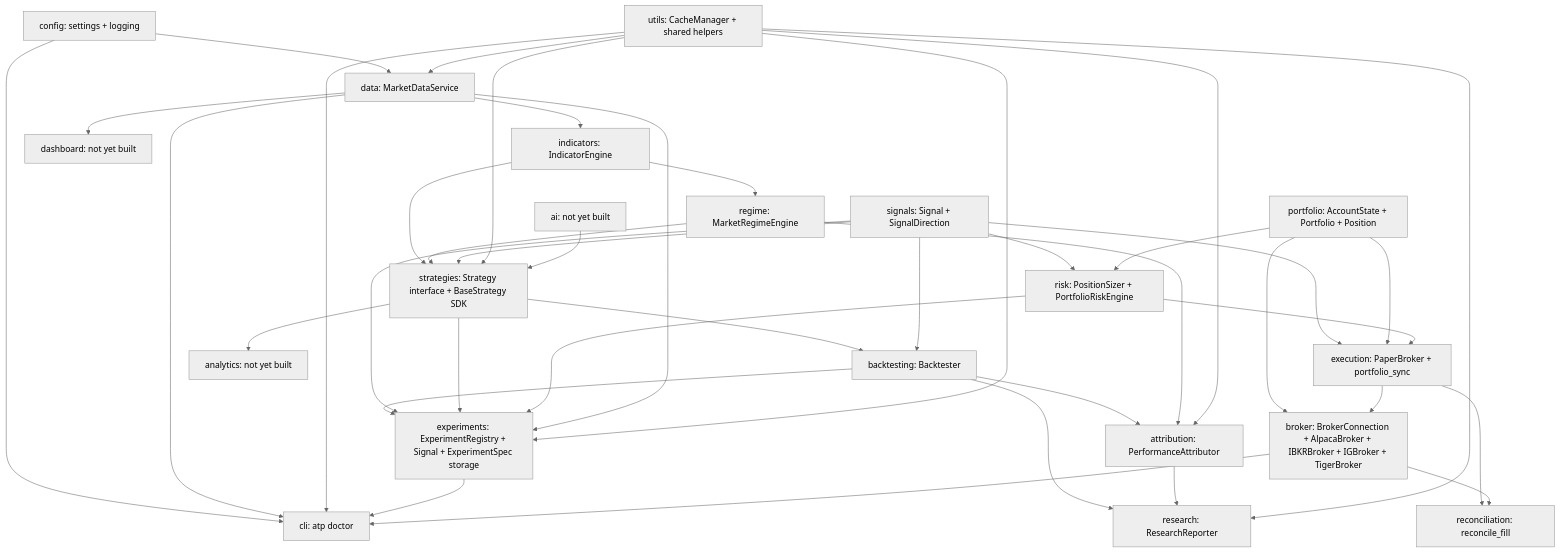
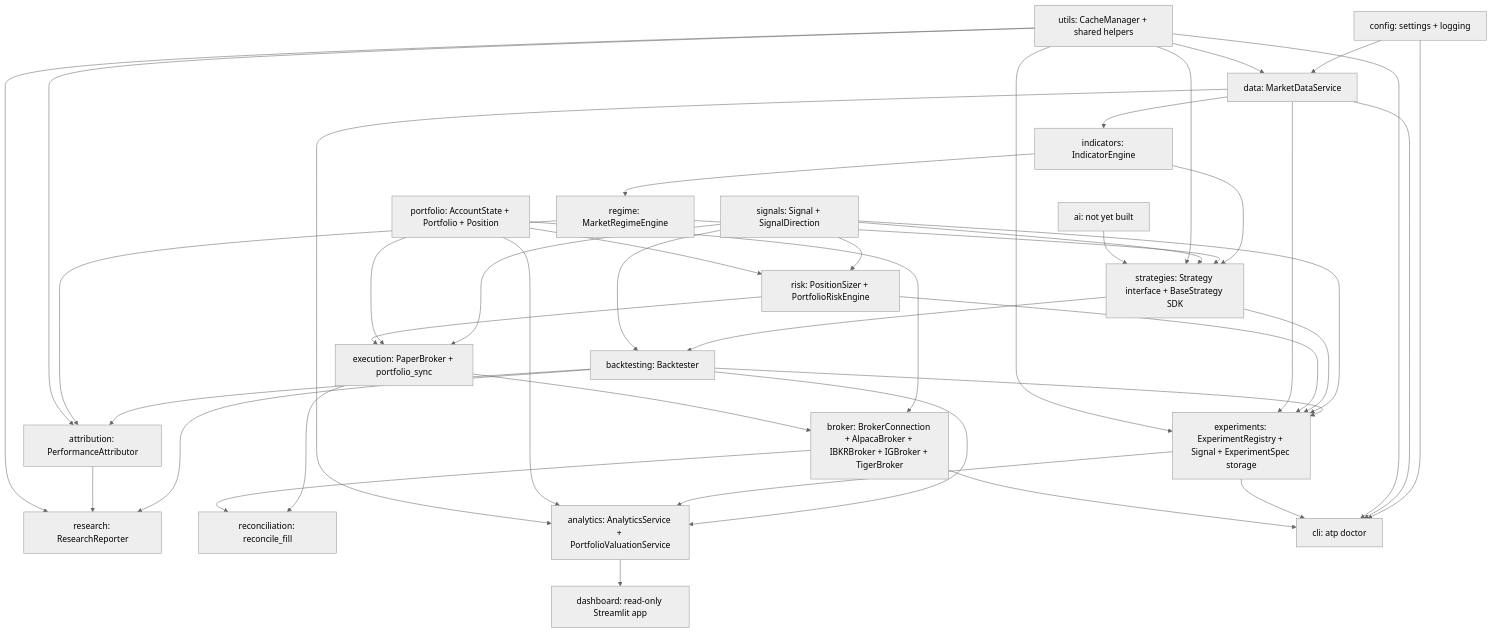
Before and after one commit to grow-op-nasa/ai-trading-platform: the diagram in ARCHITECTURE.md, drawn with Mermaid (neutral theme). The commit also changed other lines of this file and 23 other files, not shown here.

First line of the commit message:
Sprint 9: Add analytics and research dashboard

````diff
--- a/ARCHITECTURE.md
+++ b/ARCHITECTURE.md
@@ -14,63 +14,66 @@
 ```mermaid
 graph TD
     config[config: settings + logging]
     utils[utils: CacheManager + shared helpers]
     data[data: MarketDataService]
     indicators[indicators: IndicatorEngine]
     regime[regime: MarketRegimeEngine]
     signals[signals: Signal + SignalDirection]
     strategies[strategies: Strategy interface + BaseStrategy SDK]
     backtesting[backtesting: Backtester]
     attribution[attribution: PerformanceAttributor]
     experiments[experiments: ExperimentRegistry + Signal + ExperimentSpec storage]
     research[research: ResearchReporter]
     portfolio[portfolio: AccountState + Portfolio + Position]
     risk[risk: PositionSizer + PortfolioRiskEngine]
     execution[execution: PaperBroker + portfolio_sync]
     broker[broker: BrokerConnection + AlpacaBroker + IBKRBroker + IGBroker + TigerBroker]
     reconciliation[reconciliation: reconcile_fill]
-    analytics[analytics: not yet built]
+    analytics[analytics: AnalyticsService + PortfolioValuationService]
     ai[ai: not yet built]
-    dashboard[dashboard: not yet built]
+    dashboard[dashboard: read-only Streamlit app]
     cli[cli: atp doctor]
 
     config --> data
     utils --> data
     data --> indicators
     indicators --> regime
     indicators --> strategies
     regime --> strategies
     signals --> strategies
     strategies --> backtesting
     signals --> backtesting
     backtesting --> experiments
     signals --> experiments
     strategies --> experiments
     risk --> experiments
     data --> experiments
     utils --> strategies
     utils --> experiments
     backtesting --> attribution
     regime --> attribution
     utils --> attribution
     backtesting --> research
     attribution --> research
     utils --> research
     signals --> risk
     signals --> execution
     portfolio --> risk
     portfolio --> execution
     portfolio --> broker
     risk --> execution
     execution --> broker
     execution --> reconciliation
     broker --> reconciliation
-    strategies --> analytics
-    data --> dashboard
+    backtesting --> analytics
+    experiments --> analytics
+    portfolio --> analytics
+    data --> analytics
+    analytics --> dashboard
     ai --> strategies
     config --> cli
     data --> cli
     utils --> cli
     experiments --> cli
     broker --> cli
 ```
````
